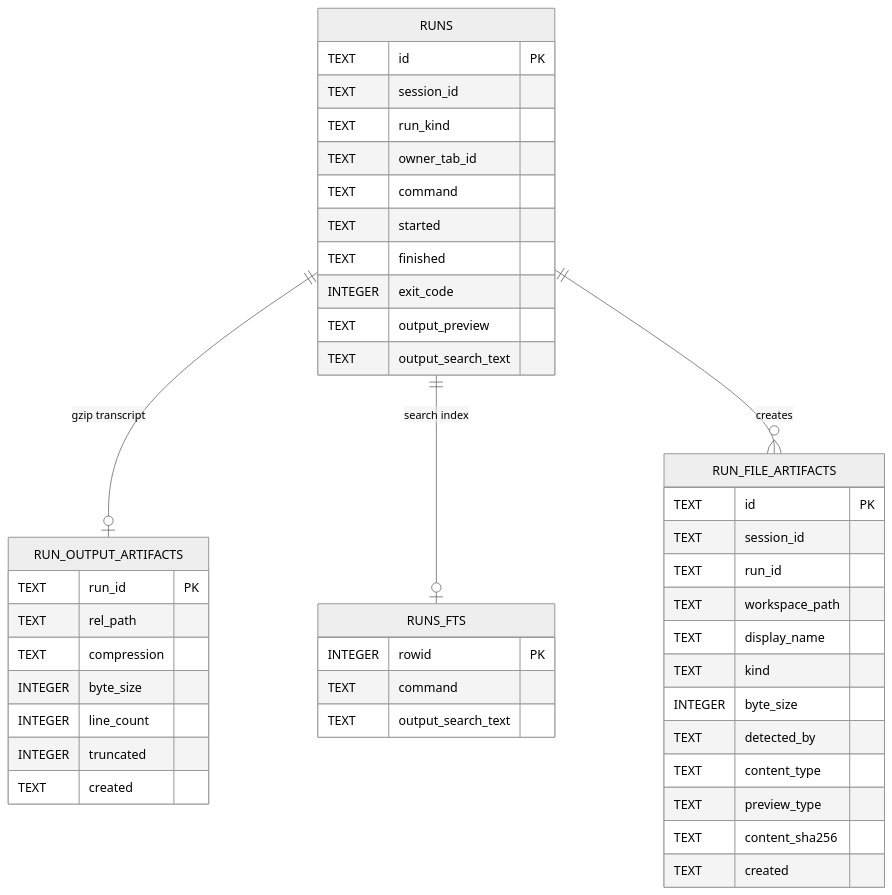
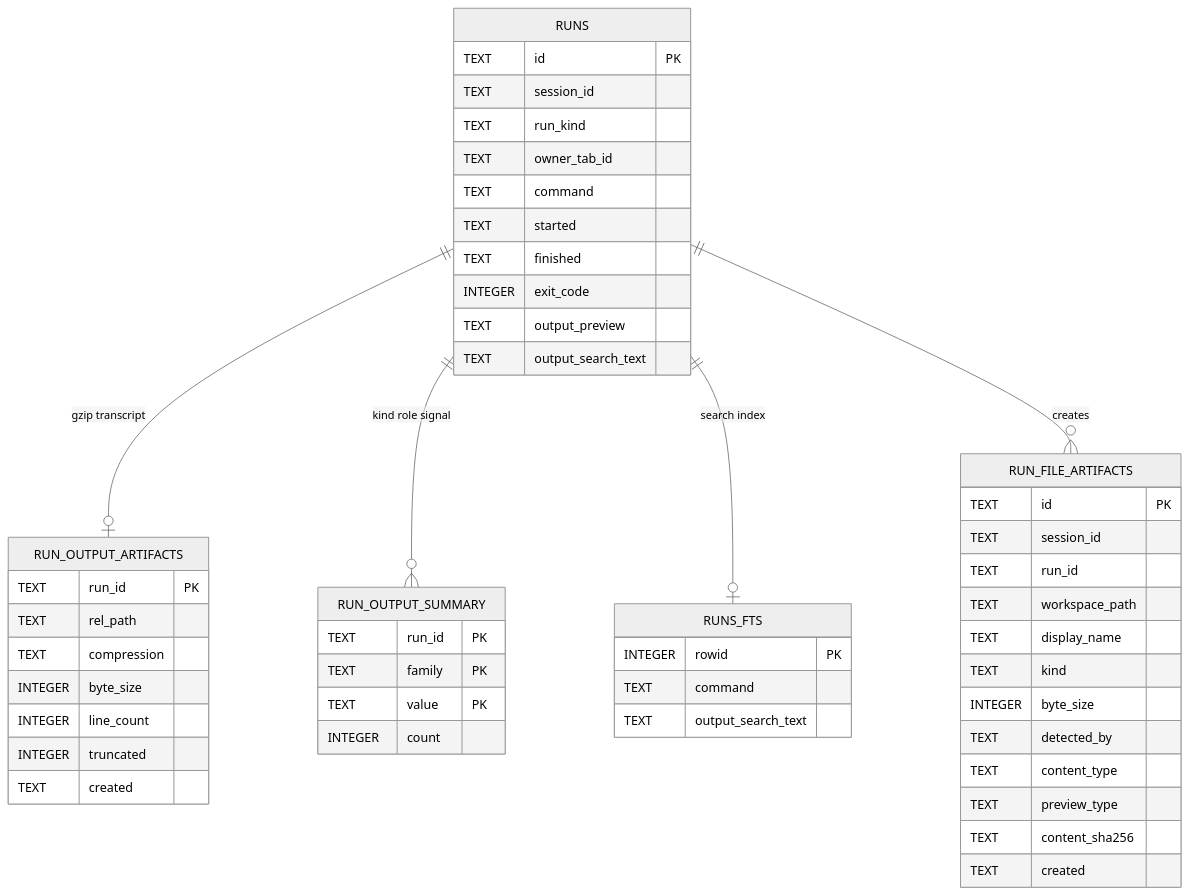
One commit to darklab-sh/darklab-shell changed the ninth of 10 diagrams in ARCHITECTURE.md. Above: the diagram before and after it, drawn with Mermaid (neutral theme). The commit also changed other lines of this file and 46 other files, not shown here.

````diff
--- a/ARCHITECTURE.md
+++ b/ARCHITECTURE.md
@@ -1270,46 +1271,53 @@
 ```mermaid
 erDiagram
   RUNS {
     TEXT id PK
     TEXT session_id
     TEXT run_kind
     TEXT owner_tab_id
     TEXT command
     TEXT started
     TEXT finished
     INTEGER exit_code
     TEXT output_preview
     TEXT output_search_text
   }
   RUN_OUTPUT_ARTIFACTS {
     TEXT run_id PK
     TEXT rel_path
     TEXT compression
     INTEGER byte_size
     INTEGER line_count
     INTEGER truncated
     TEXT created
   }
+  RUN_OUTPUT_SUMMARY {
+    TEXT run_id PK
+    TEXT family PK
+    TEXT value PK
+    INTEGER count
+  }
   RUNS_FTS {
     INTEGER rowid PK
     TEXT command
     TEXT output_search_text
   }
   RUN_FILE_ARTIFACTS {
     TEXT id PK
     TEXT session_id
     TEXT run_id
     TEXT workspace_path
     TEXT display_name
     TEXT kind
     INTEGER byte_size
     TEXT detected_by
     TEXT content_type
     TEXT preview_type
     TEXT content_sha256
     TEXT created
   }
   RUNS ||--o| RUN_OUTPUT_ARTIFACTS : "gzip transcript"
+  RUNS ||--o{ RUN_OUTPUT_SUMMARY : "kind role signal"
   RUNS ||--o| RUNS_FTS : "search index"
   RUNS ||--o{ RUN_FILE_ARTIFACTS : "creates"
 ```
````
